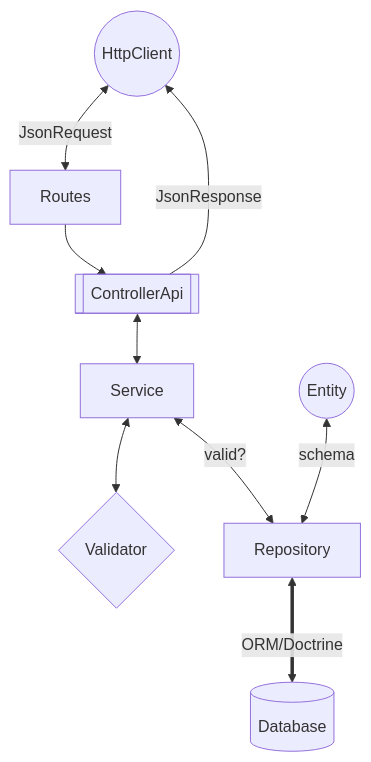
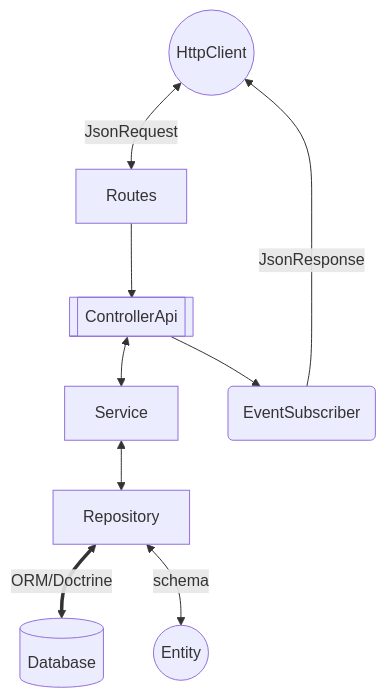
One commit to alessandrofeitoza/clubedovinho changed the first of 2 diagrams in README.md. Above: the diagram before and after it, drawn with Mermaid. The commit also changed other lines of this file and 1 other file, not shown here.

````diff
--- a/README.md
+++ b/README.md
@@ -112,12 +88,12 @@
 ```mermaid
 flowchart TD
     HC((HttpClient)) --JsonRequest<--> R[Routes]
     R --> CA[[ControllerApi]]
     CA <--> S[Service]
-    S <--> V{Validator}
-    S <--valid?--> RP[Repository]
     RP <==ORM/Doctrine==> D[(Database)]
-    E((Entity)) <--schema--> RP
-    CA --JsonResponse--> HC
+    S <--> RP[Repository]
+    CA --> ES
+    ES(EventSubscriber) --JsonResponse--> HC
+    RP <--schema--> E((Entity))
 
 ```
````
